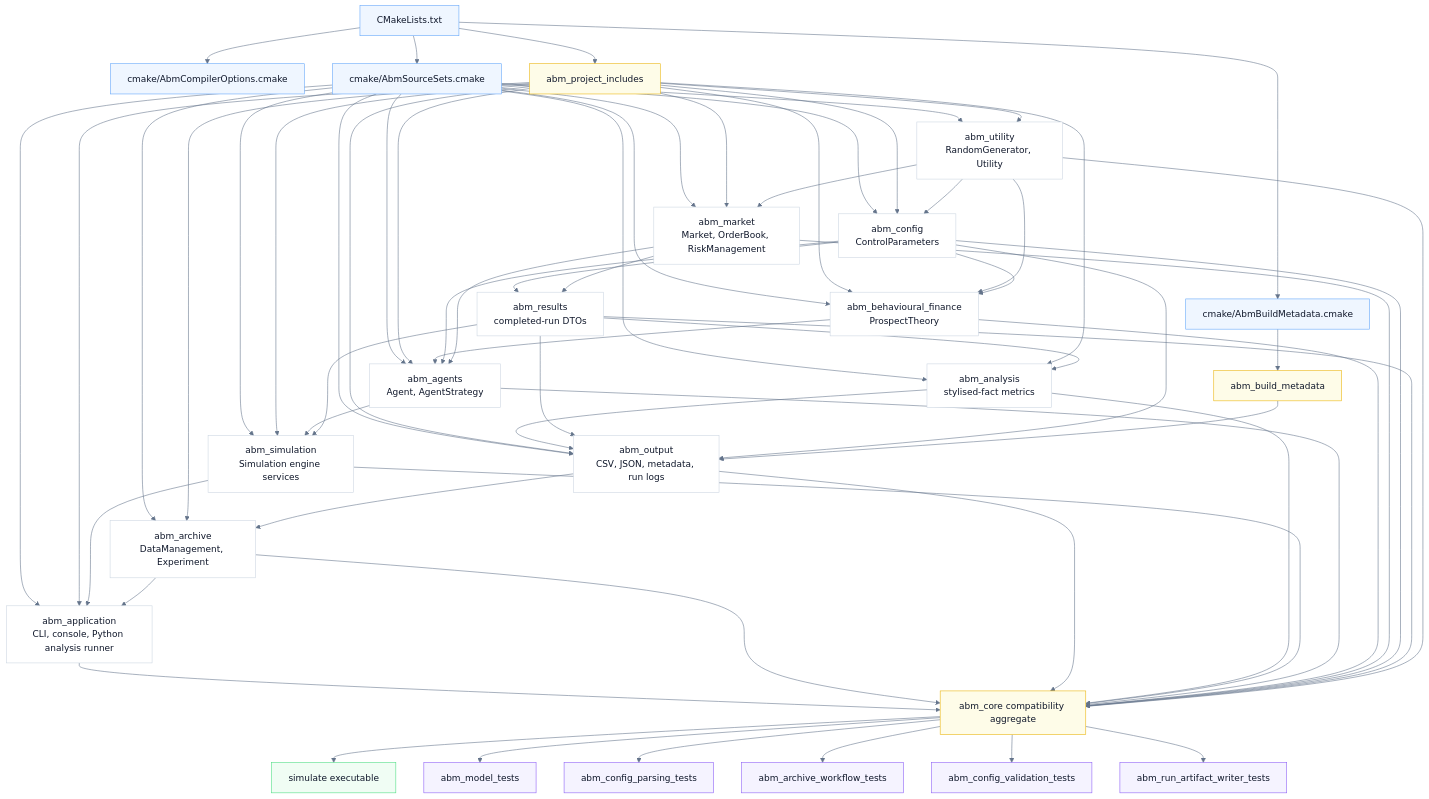
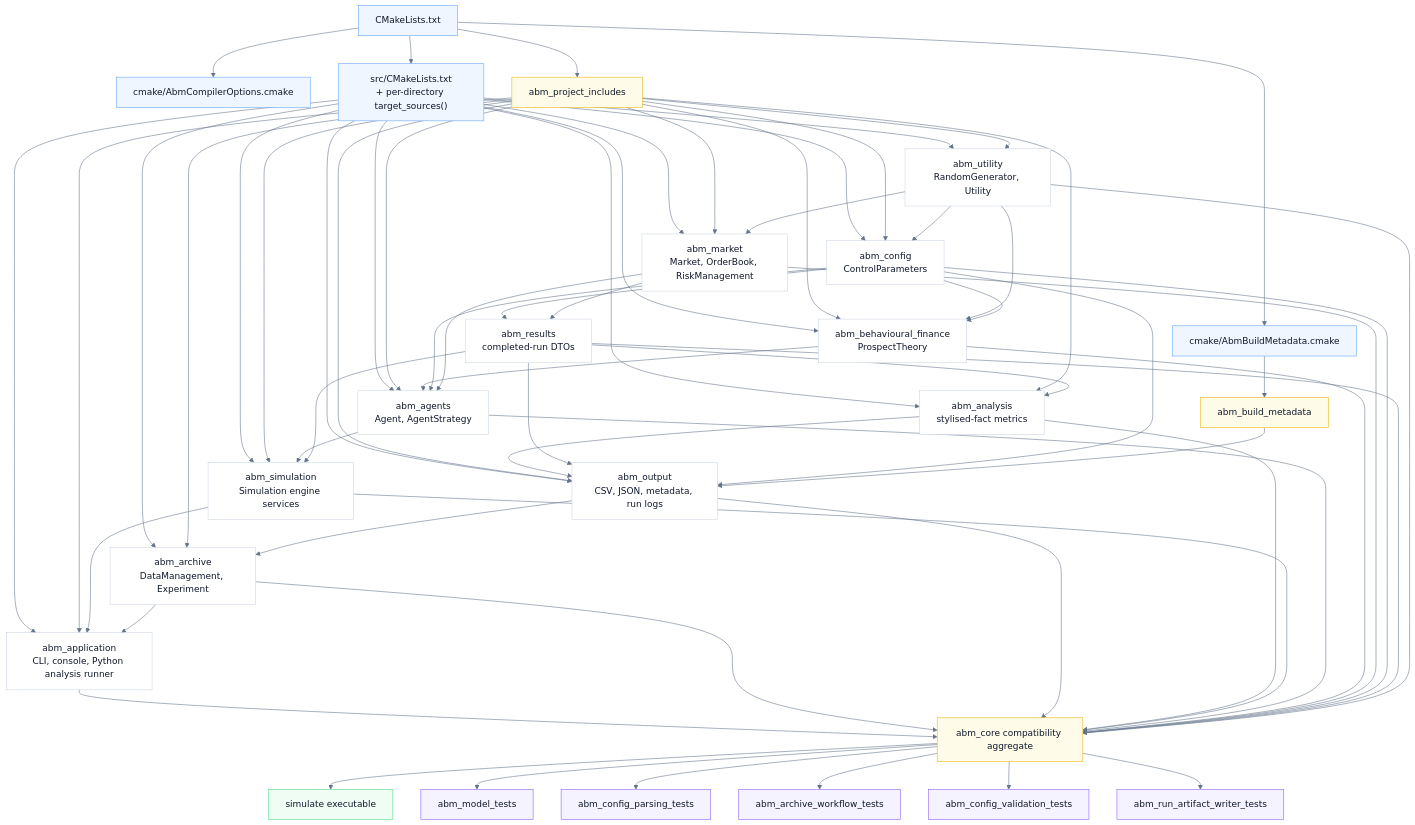
The diagram in docs/build_structure.mmd (JustSimpleLucas/BABM), drawn with Mermaid before and after one commit. The commit also changed 250 other files, not shown here.

```diff
--- a/docs/build_structure.mmd
+++ b/docs/build_structure.mmd
@@ -1,108 +1,108 @@
 %%{init: {"theme": "base", "themeVariables": {"background": "#ffffff", "primaryColor": "#f8fafc", "primaryBorderColor": "#94a3b8", "primaryTextColor": "#0f172a", "lineColor": "#64748b", "secondaryColor": "#eff6ff", "tertiaryColor": "#f0fdf4", "fontFamily": "Arial, sans-serif"}}}%%
 flowchart TD
     root["CMakeLists.txt"]
     compiler["cmake/AbmCompilerOptions.cmake"]
     metadata["cmake/AbmBuildMetadata.cmake"]
-    sources["cmake/AbmSourceSets.cmake"]
+    sources["src/CMakeLists.txt<br/>+ per-directory target_sources()"]
 
     includes["abm_project_includes"]
     buildMetadata["abm_build_metadata"]
     core["abm_core compatibility aggregate"]
     app["simulate executable"]
 
     utility["abm_utility<br/>RandomGenerator, Utility"]
     config["abm_config<br/>ControlParameters"]
     market["abm_market<br/>Market, OrderBook, RiskManagement"]
     behavioural["abm_behavioural_finance<br/>ProspectTheory"]
     agents["abm_agents<br/>Agent, AgentStrategy"]
     results["abm_results<br/>completed-run DTOs"]
     simulation["abm_simulation<br/>Simulation engine services"]
     analysis["abm_analysis<br/>stylised-fact metrics"]
     output["abm_output<br/>CSV, JSON, metadata, run logs"]
     archive["abm_archive<br/>DataManagement, Experiment"]
     application["abm_application<br/>CLI, console, Python analysis runner"]
 
     modelTests["abm_model_tests"]
     parsingTests["abm_config_parsing_tests"]
     archiveTests["abm_archive_workflow_tests"]
     validationTests["abm_config_validation_tests"]
     artifactTests["abm_run_artifact_writer_tests"]
 
     root --> compiler
     root --> metadata
     root --> sources
     root --> includes
     metadata --> buildMetadata
 
     sources --> utility
     sources --> config
     sources --> market
     sources --> behavioural
     sources --> agents
     sources --> simulation
     sources --> analysis
     sources --> output
     sources --> archive
     sources --> application
 
     includes --> utility
     includes --> config
     includes --> market
     includes --> behavioural
     includes --> agents
     includes --> simulation
     includes --> analysis
     includes --> output
     includes --> archive
     includes --> application
 
     utility --> config
     utility --> market
     utility --> behavioural
     config --> behavioural
     config --> results
     market --> results
     behavioural --> agents
     config --> agents
     market --> agents
     agents --> simulation
     results --> simulation
     simulation --> application
     results --> analysis
     analysis --> output
     results --> output
     config --> output
     buildMetadata --> output
     output --> archive
     archive --> application
 
     application --> core
     archive --> core
     output --> core
     analysis --> core
     simulation --> core
     agents --> core
     behavioural --> core
     market --> core
     config --> core
     results --> core
     utility --> core
 
     core --> app
     core --> modelTests
     core --> parsingTests
     core --> archiveTests
     core --> validationTests
     core --> artifactTests
 
     classDef cmake fill:#eff6ff,stroke:#60a5fa,stroke-width:1px,color:#0f172a
     classDef interface fill:#fefce8,stroke:#eab308,stroke-width:1px,color:#0f172a
     classDef domain fill:#ffffff,stroke:#cbd5e1,stroke-width:1px,color:#0f172a
     classDef target fill:#f0fdf4,stroke:#4ade80,stroke-width:1px,color:#0f172a
     classDef test fill:#f5f3ff,stroke:#8b5cf6,stroke-width:1px,color:#0f172a
 
     class root,compiler,metadata,sources cmake
     class includes,buildMetadata,core interface
     class utility,config,market,behavioural,agents,results,simulation,analysis,output,archive,application domain
     class app target
     class modelTests,parsingTests,archiveTests,validationTests,artifactTests test
```
